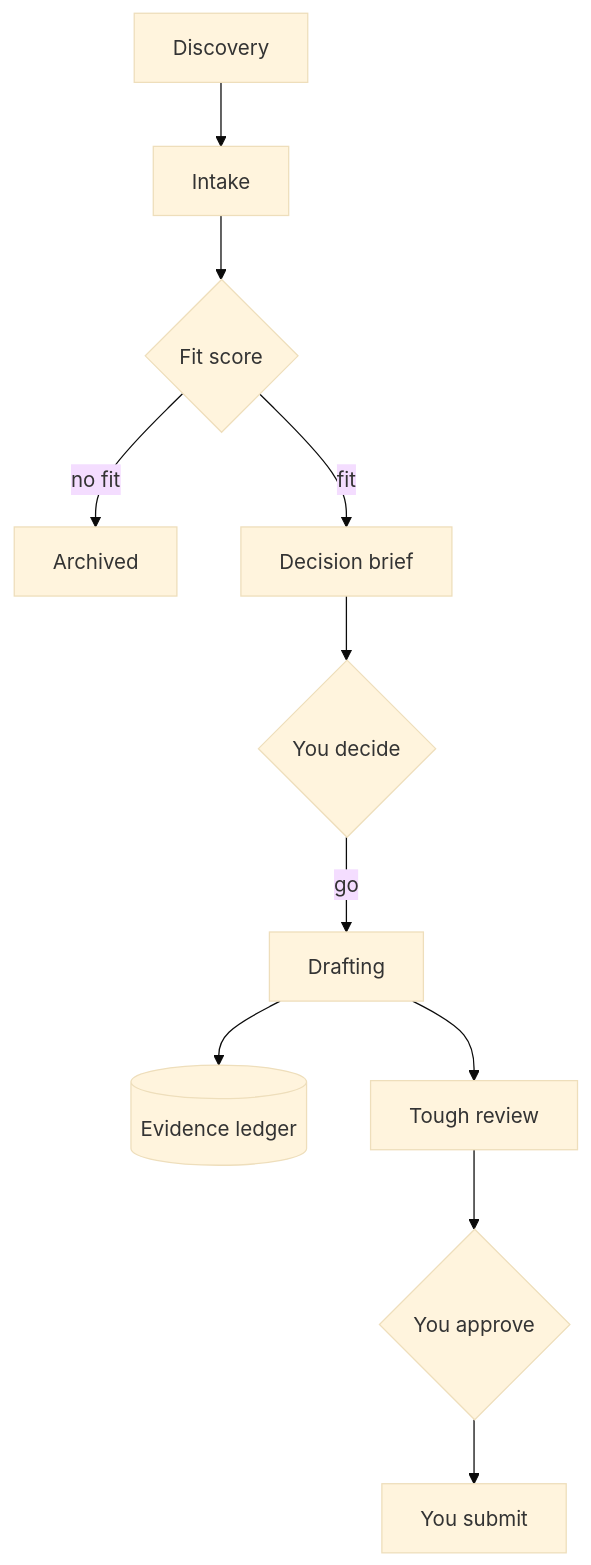
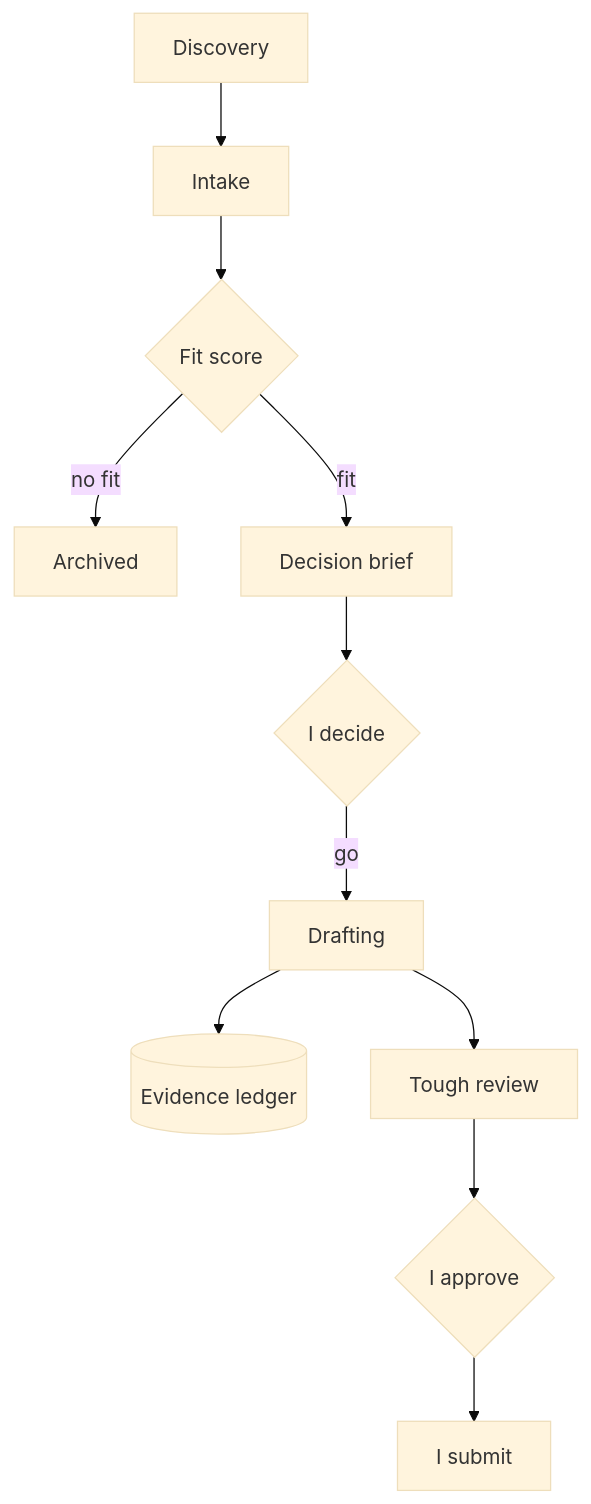
The diagram in README.md (Mohanad1st/opportunity-studio-showcase), drawn with Mermaid (base theme) before and after one commit. The commit also changed other lines of this file, not shown here.

First line of the commit message:
docs: rewrite case study in plain first-person voice

````diff
--- a/README.md
+++ b/README.md
@@ -25,15 +23,15 @@
 ```mermaid
 flowchart TD
   accTitle: How an opportunity moves through the studio
-  accDescr: A discovery sweep adds calls to an intake list, each is checked for eligibility and fit, poor fits are archived with a reason, good fits get a decision brief, a person decides, drafting is staged with an evidence ledger and a tough review, and a person approves and submits.
+  accDescr: A discovery sweep adds calls to an intake list, each is checked for eligibility and fit, poor fits are archived, good fits get a decision brief, a person decides, drafting is staged with an evidence ledger and a tough review, and a person approves and submits.
   A[Discovery] --> B[Intake]
   B --> C{Fit score}
   C -- no fit --> Z[Archived]
   C -- fit --> D[Decision brief]
-  D --> E{You decide}
+  D --> E{I decide}
   E -- go --> F[Drafting]
   F --> G[(Evidence ledger)]
   F --> H[Tough review]
-  H --> I{You approve}
-  I --> J[You submit]
+  H --> I{I approve}
+  I --> J[I submit]
 ```
````
